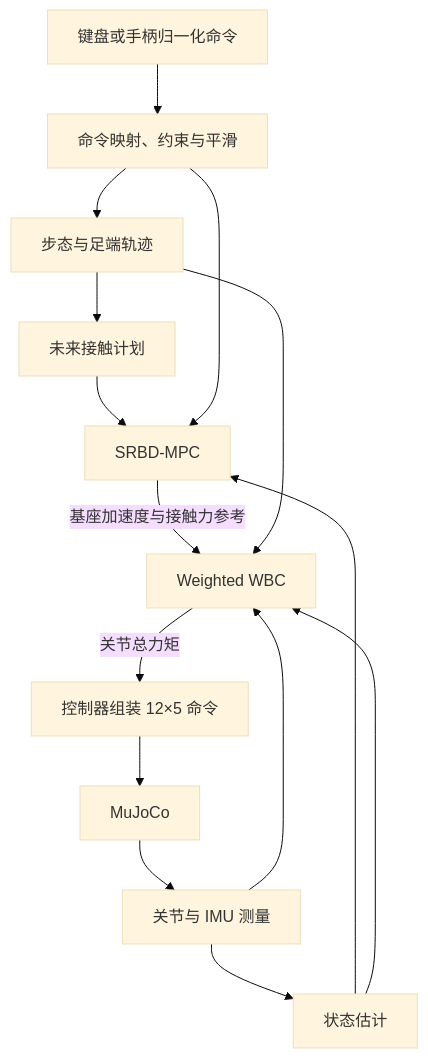
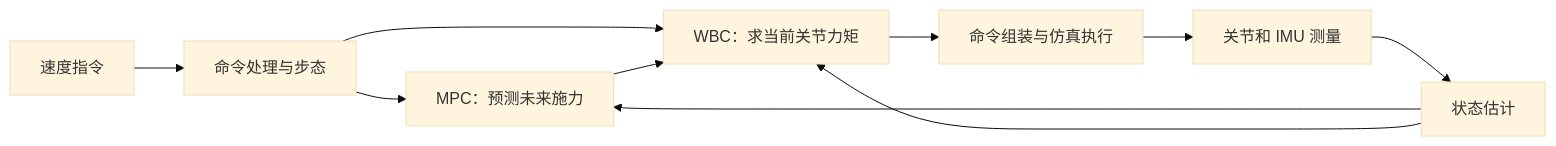
One commit to yingjian-peng/Lite3_MPC-WBC_project changed the first of 2 diagrams in docs/03_基于MPC+WBC的四足狗运动控制理论与实现.md. Above: the diagram before and after it, drawn with Mermaid (base theme). The commit also changed other lines of this file and 1 other file, not shown here.

````diff
--- a/docs/03_基于MPC+WBC的四足狗运动控制理论与实现.md
+++ b/docs/03_基于MPC+WBC的四足狗运动控制理论与实现.md
@@ -74,17 +54,12 @@
 ```mermaid
-flowchart TB
-    U[键盘或手柄归一化命令] --> C[命令映射、约束与平滑]
-    Q[关节与 IMU 测量] --> E[状态估计]
-    C --> G[步态与足端轨迹]
-    G --> P[未来接触计划]
-    E --> M[SRBD-MPC]
-    P --> M
-    C --> M
-    M -->|基座加速度与接触力参考| W[Weighted WBC]
+flowchart LR
+    U[速度指令] --> G[命令处理与步态]
+    S[关节和 IMU 测量] --> E[状态估计]
+    G --> M[MPC：预测未来施力]
+    E --> M
+    G --> W[WBC：求当前关节力矩]
     E --> W
-    G --> W
-    Q --> W
-    W -->|关节总力矩| T[控制器组装 12×5 命令]
-    T --> S[MuJoCo]
-    S --> Q
+    M --> W
+    W --> A[命令组装与仿真执行]
+    A --> S
 ```
````
